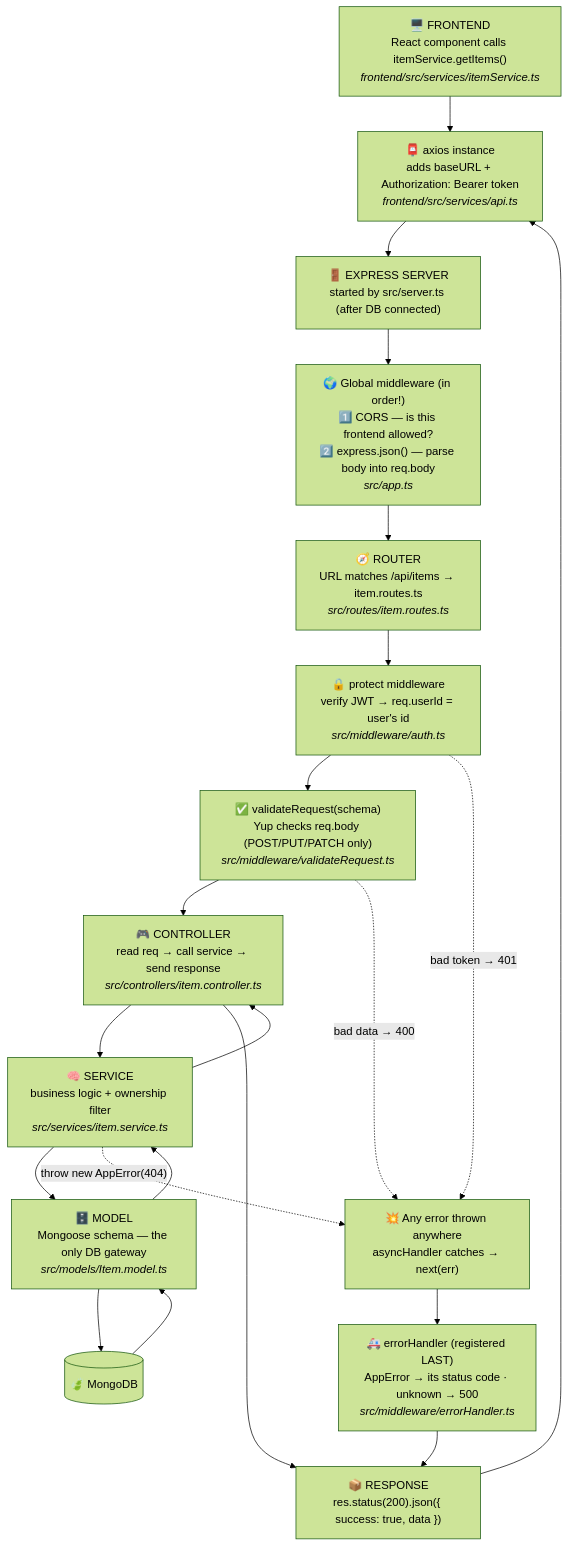
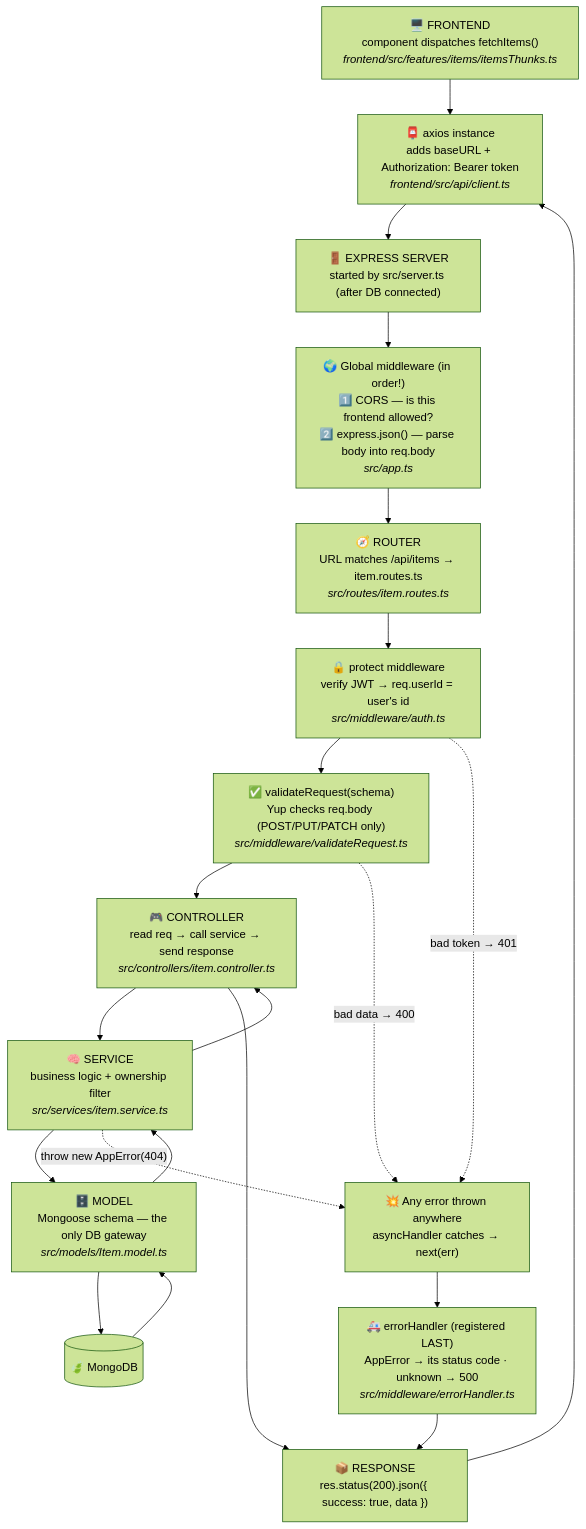
Before and after one commit to srinath-manivannan/capstone-Project: the diagram in BACKEND-GUIDE.md, drawn with Mermaid (forest theme). The commit also changed other lines of this file and 68 other files, not shown here.

````diff
--- a/BACKEND-GUIDE.md
+++ b/BACKEND-GUIDE.md
@@ -115,24 +115,24 @@
 ```mermaid
 flowchart TD
-    A["🖥️ FRONTEND<br/>React component calls itemService.getItems()<br/><i>frontend/src/services/itemService.ts</i>"]
-    B["📮 axios instance<br/>adds baseURL + Authorization: Bearer token<br/><i>frontend/src/services/api.ts</i>"]
+    A["🖥️ FRONTEND<br/>component dispatches fetchItems()<br/><i>frontend/src/features/items/itemsThunks.ts</i>"]
+    B["📮 axios instance<br/>adds baseURL + Authorization: Bearer token<br/><i>frontend/src/api/client.ts</i>"]
     C["🚪 EXPRESS SERVER<br/>started by src/server.ts (after DB connected)"]
     D["🌍 Global middleware (in order!)<br/>1️⃣ CORS — is this frontend allowed?<br/>2️⃣ express.json() — parse body into req.body<br/><i>src/app.ts</i>"]
     E["🧭 ROUTER<br/>URL matches /api/items → item.routes.ts<br/><i>src/routes/item.routes.ts</i>"]
     F["🔒 protect middleware<br/>verify JWT → req.userId = user's id<br/><i>src/middleware/auth.ts</i>"]
     G["✅ validateRequest(schema)<br/>Yup checks req.body (POST/PUT/PATCH only)<br/><i>src/middleware/validateRequest.ts</i>"]
     H["🎮 CONTROLLER<br/>read req → call service → send response<br/><i>src/controllers/item.controller.ts</i>"]
     I["🧠 SERVICE<br/>business logic + ownership filter<br/><i>src/services/item.service.ts</i>"]
     J["🗄️ MODEL<br/>Mongoose schema — the only DB gateway<br/><i>src/models/Item.model.ts</i>"]
     K[("🍃 MongoDB")]
     L["📦 RESPONSE<br/>res.status(200).json({ success: true, data })"]
     M["💥 Any error thrown anywhere<br/>asyncHandler catches → next(err)"]
     N["🚑 errorHandler (registered LAST)<br/>AppError → its status code · unknown → 500<br/><i>src/middleware/errorHandler.ts</i>"]
 
     A --> B --> C --> D --> E --> F --> G --> H --> I --> J --> K
     K --> J --> I --> H --> L --> B
     F -. "bad token → 401" .-> M
     G -. "bad data → 400" .-> M
     I -. "throw new AppError(404)" .-> M
     M --> N --> L
 ```
````
